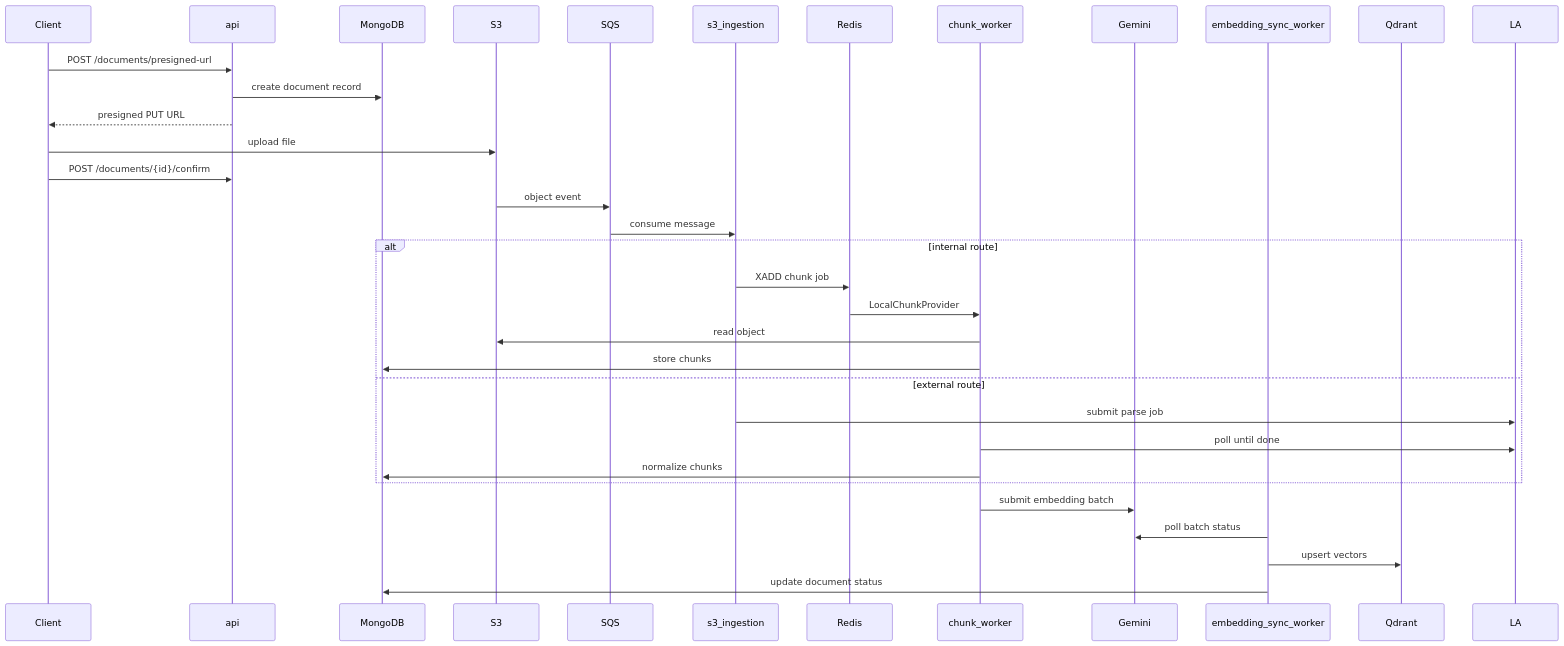
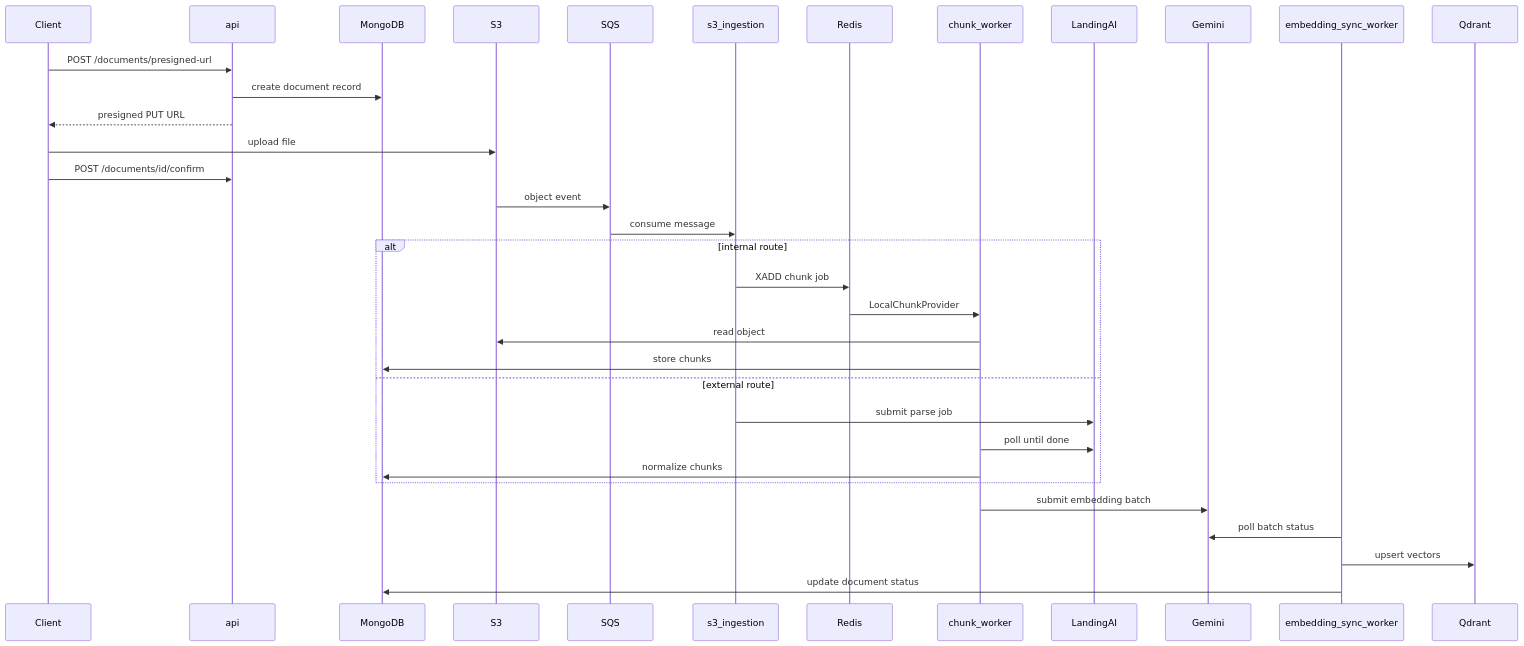
Before and after one commit to DevMittal1/CutomerRAG: the third of 7 diagrams in README.md, drawn with Mermaid. The commit also changed other lines of this file, not shown here.

Commit message:
Add architecture

````diff
--- a/README.md
+++ b/README.md
@@ -164,38 +164,39 @@
 ```mermaid
 sequenceDiagram
     participant C as Client
     participant API as api
     participant M as MongoDB
     participant S3 as S3
     participant SQS as SQS
     participant Ing as s3_ingestion
     participant R as Redis
     participant CW as chunk_worker
+    participant LA as LandingAI
     participant G as Gemini
     participant ES as embedding_sync_worker
     participant Q as Qdrant
 
     C->>API: POST /documents/presigned-url
     API->>M: create document record
     API-->>C: presigned PUT URL
     C->>S3: upload file
-    C->>API: POST /documents/{id}/confirm
+    C->>API: POST /documents/id/confirm
     S3->>SQS: object event
     SQS->>Ing: consume message
 
     alt internal route
         Ing->>R: XADD chunk job
         R->>CW: LocalChunkProvider
         CW->>S3: read object
         CW->>M: store chunks
     else external route
         Ing->>LA: submit parse job
         CW->>LA: poll until done
         CW->>M: normalize chunks
     end
 
     CW->>G: submit embedding batch
     ES->>G: poll batch status
     ES->>Q: upsert vectors
     ES->>M: update document status
 ```
````
